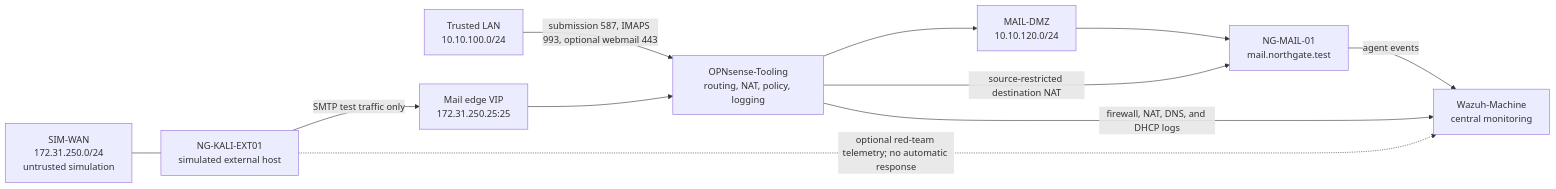
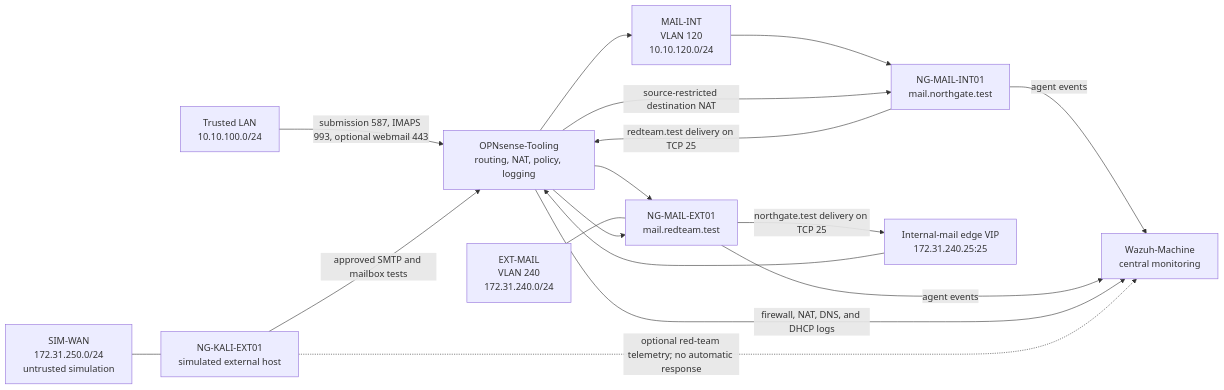
Before and after one commit to Beowxlf/northgate-vm-factory: the diagram in docs/decision-records/ADR-0002-segmented-mail-and-external-simulation.md, drawn with Mermaid. The commit also changed other lines of this file and 6 other files, not shown here.

````diff
--- a/docs/decision-records/ADR-0002-segmented-mail-and-external-simulation.md
+++ b/docs/decision-records/ADR-0002-segmented-mail-and-external-simulation.md
@@ -17,20 +19,26 @@
 ```mermaid
 flowchart LR
     LAN["Trusted LAN<br/>10.10.100.0/24"]
     FW["OPNsense-Tooling<br/>routing, NAT, policy, logging"]
-    DMZ["MAIL-DMZ<br/>10.10.120.0/24"]
-    MAIL["NG-MAIL-01<br/>mail.northgate.test"]
+    DMZ["MAIL-INT<br/>VLAN 120<br/>10.10.120.0/24"]
+    MAILI["NG-MAIL-INT01<br/>mail.northgate.test"]
+    EXT["EXT-MAIL<br/>VLAN 240<br/>172.31.240.0/24"]
+    MAILE["NG-MAIL-EXT01<br/>mail.redteam.test"]
+    VIP["Internal-mail edge VIP<br/>172.31.240.25:25"]
     SIM["SIM-WAN<br/>172.31.250.0/24<br/>untrusted simulation"]
-    VIP["Mail edge VIP<br/>172.31.250.25:25"]
     KALI["NG-KALI-EXT01<br/>simulated external host"]
     WAZUH["Wazuh-Machine<br/>central monitoring"]
 
     LAN -->|"submission 587, IMAPS 993, optional webmail 443"| FW
-    FW --> DMZ --> MAIL
-    KALI -->|"SMTP test traffic only"| VIP --> FW
-    FW -->|"source-restricted destination NAT"| MAIL
+    FW --> DMZ --> MAILI
+    KALI -->|"approved SMTP and mailbox tests"| FW --> MAILE
+    EXT --- MAILE
+    MAILE -->|"northgate.test delivery on TCP 25"| VIP --> FW
+    FW -->|"source-restricted destination NAT"| MAILI
+    MAILI -->|"redteam.test delivery on TCP 25"| FW --> MAILE
     SIM --- KALI
-    MAIL -->|"agent events"| WAZUH
+    MAILI -->|"agent events"| WAZUH
+    MAILE -->|"agent events"| WAZUH
     FW -->|"firewall, NAT, DNS, and DHCP logs"| WAZUH
     KALI -.->|"optional red-team telemetry; no automatic response"| WAZUH
 ```
````
